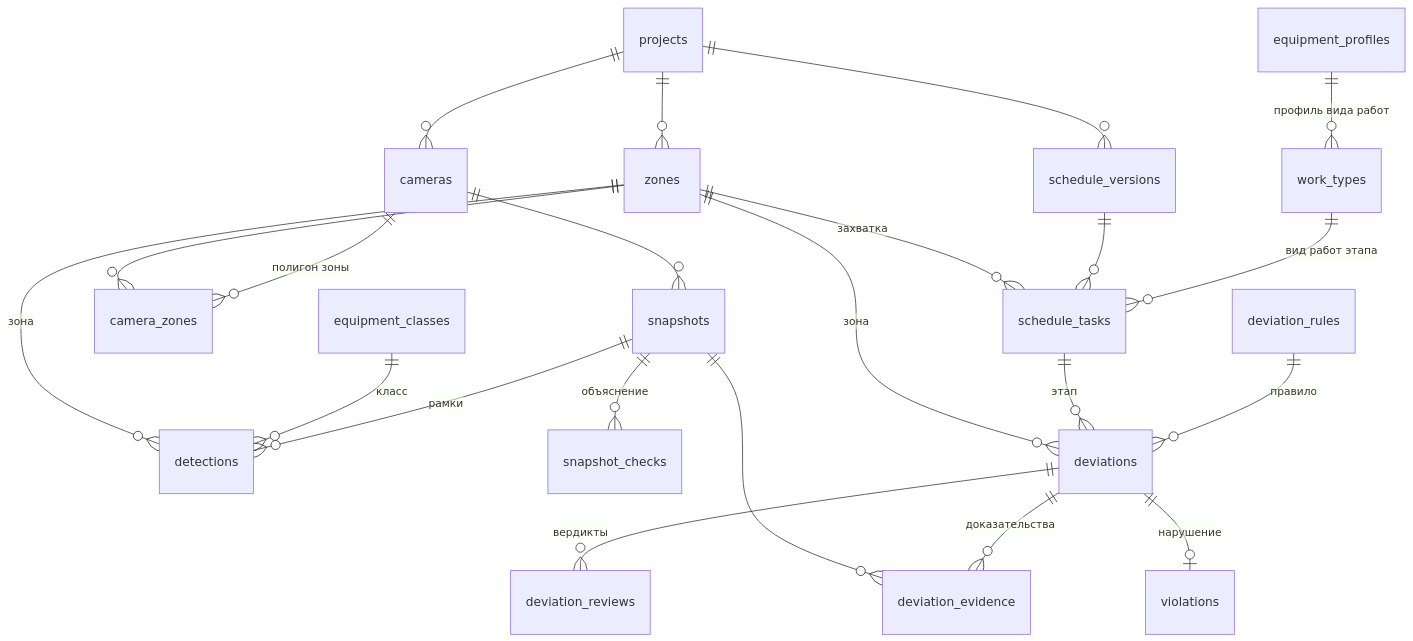
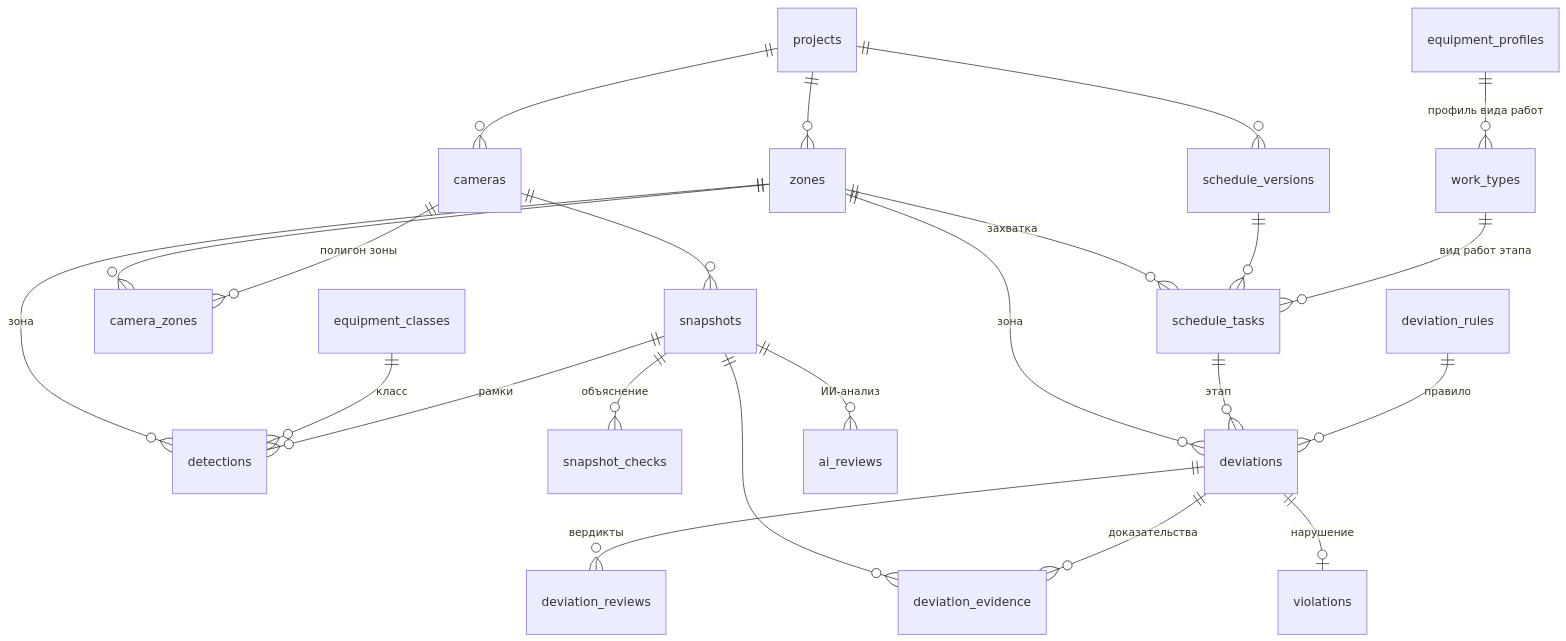
The fourth of 4 diagrams in backend/readme.md (Antonoof/Intelligent-construction-site-monitoring-system), drawn with Mermaid before and after one commit. The commit also changed other lines of this file and 45 other files, not shown here.

````diff
--- a/backend/readme.md
+++ b/backend/readme.md
@@ -206,24 +256,25 @@
 ```mermaid
 erDiagram
     equipment_profiles ||--o{ work_types : "профиль вида работ"
     work_types ||--o{ schedule_tasks : "вид работ этапа"
     projects ||--o{ zones : ""
     projects ||--o{ cameras : ""
     cameras ||--o{ camera_zones : "полигон зоны"
     zones ||--o{ camera_zones : ""
     projects ||--o{ schedule_versions : ""
     schedule_versions ||--o{ schedule_tasks : ""
     zones ||--o{ schedule_tasks : "захватка"
     cameras ||--o{ snapshots : ""
     snapshots ||--o{ detections : "рамки"
     equipment_classes ||--o{ detections : "класс"
     zones ||--o{ detections : "зона"
     snapshots ||--o{ snapshot_checks : "объяснение"
     deviation_rules ||--o{ deviations : "правило"
     schedule_tasks ||--o{ deviations : "этап"
     zones ||--o{ deviations : "зона"
     deviations ||--o{ deviation_evidence : "доказательства"
     snapshots ||--o{ deviation_evidence : ""
     deviations ||--o{ deviation_reviews : "вердикты"
     deviations ||--o| violations : "нарушение"
+    snapshots ||--o{ ai_reviews : "ИИ-анализ"
 ```
````
